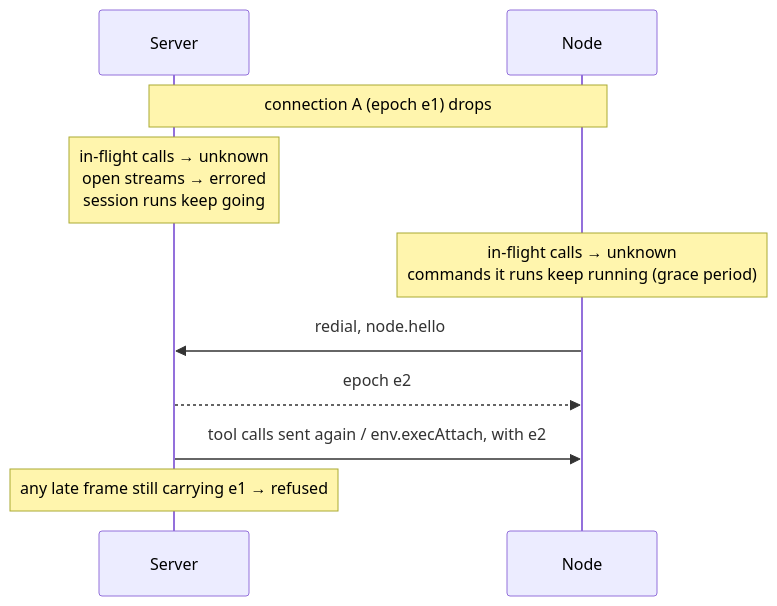
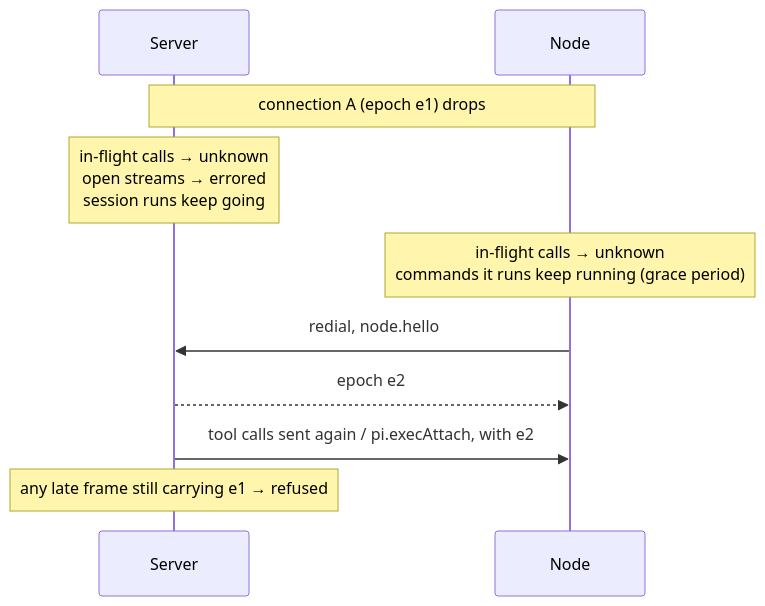
Before and after one commit to willtcarey/reins: the ninth of 9 diagrams in docs/dev/node-transport.md, drawn with Mermaid. The commit also changed other lines of this file and 56 other files, not shown here.

````diff
--- a/docs/dev/node-transport.md
+++ b/docs/dev/node-transport.md
@@ -541,12 +541,12 @@
 ```mermaid
 sequenceDiagram
     participant S as Server
     participant N as Node
     Note over S,N: connection A (epoch e1) drops
     Note over S: in-flight calls → unknown<br/>open streams → errored<br/>session runs keep going
     Note over N: in-flight calls → unknown<br/>commands it runs keep running (grace period)
     N->>S: redial, node.hello
     S-->>N: epoch e2
-    S->>N: tool calls sent again / env.execAttach, with e2
+    S->>N: tool calls sent again / pi.execAttach, with e2
     Note over S: any late frame still carrying e1 → refused
 ```
````
